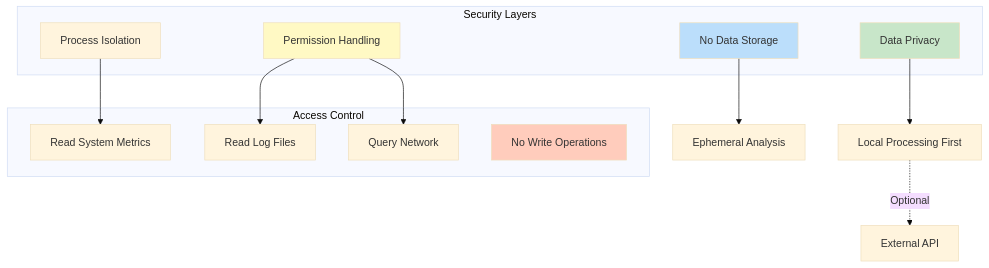
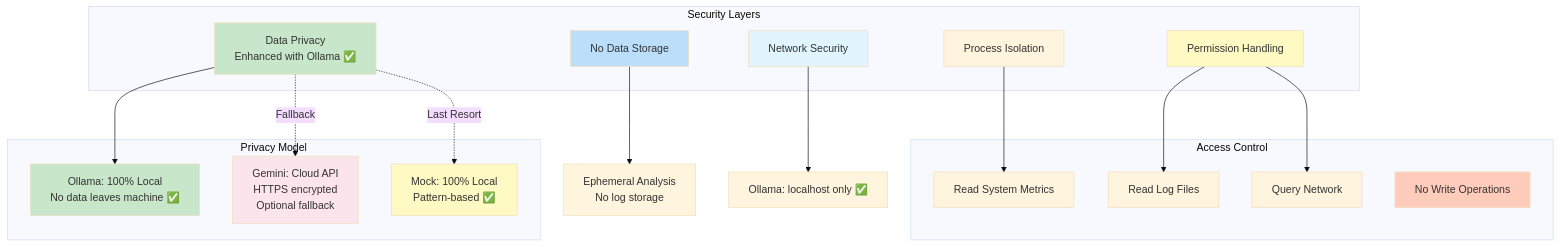
The ninth of 14 diagrams in docs/diagrams/architecture.md (shivkumarsah/InfraGPT-MCP), drawn with Mermaid (base theme) before and after one commit. The commit also changed other lines of this file and 10 other files, not shown here.

````diff
--- a/docs/diagrams/architecture.md
+++ b/docs/diagrams/architecture.md
@@ -202,29 +319,41 @@
 ```mermaid
 graph TD
     subgraph "Security Layers"
         L1[Process Isolation]
         L2[Permission Handling]
-        L3[Data Privacy]
+        L3[Data Privacy<br/>Enhanced with Ollama ✅]
         L4[No Data Storage]
+        L5[Network Security]
     end
     
     subgraph "Access Control"
         READ[Read System Metrics]
         LOGS[Read Log Files]
         NET[Query Network]
         NOWRITE[No Write Operations]
     end
     
+    subgraph "Privacy Model"
+        OLLAMA_PRIVACY[Ollama: 100% Local<br/>No data leaves machine ✅]
+        GEMINI_PRIVACY[Gemini: Cloud API<br/>HTTPS encrypted<br/>Optional fallback]
+        MOCK_PRIVACY[Mock: 100% Local<br/>Pattern-based ✅]
+    end
+    
     L1 --> READ
     L2 --> LOGS
     L2 --> NET
-    L3 --> PROCESS[Local Processing First]
-    L4 --> EPHEMERAL[Ephemeral Analysis]
-    
-    PROCESS -.->|Optional| EXTERNAL[External API]
+    L3 --> OLLAMA_PRIVACY
+    L3 -.->|Fallback| GEMINI_PRIVACY
+    L3 -.->|Last Resort| MOCK_PRIVACY
+    L4 --> EPHEMERAL[Ephemeral Analysis<br/>No log storage]
+    L5 --> LOCALHOST[Ollama: localhost only ✅]
     
     style L2 fill:#fff9c4
     style L3 fill:#c8e6c9
     style L4 fill:#bbdefb
+    style L5 fill:#e1f5ff
     style NOWRITE fill:#ffccbc
+    style OLLAMA_PRIVACY fill:#c8e6c9
+    style GEMINI_PRIVACY fill:#fce4ec
+    style MOCK_PRIVACY fill:#fff9c4
 ```
````
